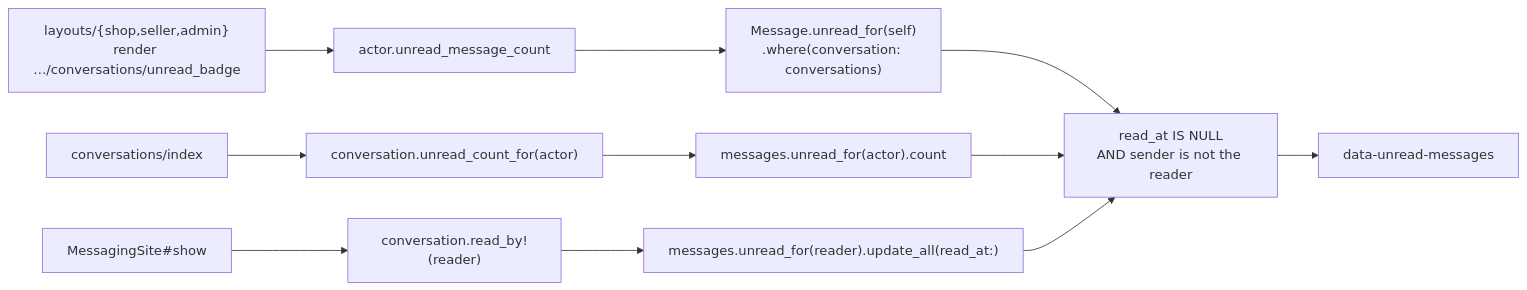
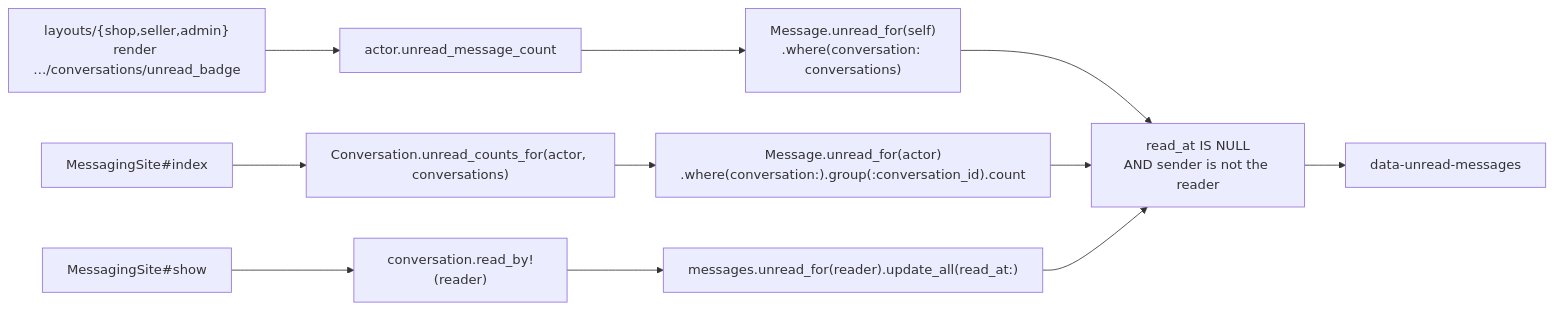
One commit to jonathan-beebe/art-store changed the third of 4 diagrams in prototype/rails/docs/messaging.md. Above: the diagram before and after it, drawn with Mermaid. The commit also changed other lines of this file and 13 other files, not shown here.

````diff
--- a/prototype/rails/docs/messaging.md
+++ b/prototype/rails/docs/messaging.md
@@ -167,13 +176,13 @@
 ```mermaid
 flowchart LR
     layout["layouts/{shop,seller,admin}<br/>render …/conversations/unread_badge"] --> actor["actor.unread_message_count"]
     actor --> scope["Message.unread_for(self)<br/>.where(conversation: conversations)"]
     scope --> rule["read_at IS NULL<br/>AND sender is not the reader"]
     rule --> badge["data-unread-messages"]
-    inbox["conversations/index"] --> per["conversation.unread_count_for(actor)"]
-    per --> same["messages.unread_for(actor).count"]
+    inbox["MessagingSite#index"] --> per["Conversation.unread_counts_for(actor, conversations)"]
+    per --> same["Message.unread_for(actor)<br/>.where(conversation:).group(:conversation_id).count"]
     same --> rule
     open["MessagingSite#show"] --> mark["conversation.read_by!(reader)"]
     mark --> update["messages.unread_for(reader).update_all(read_at:)"]
     update --> rule
 ```
````
